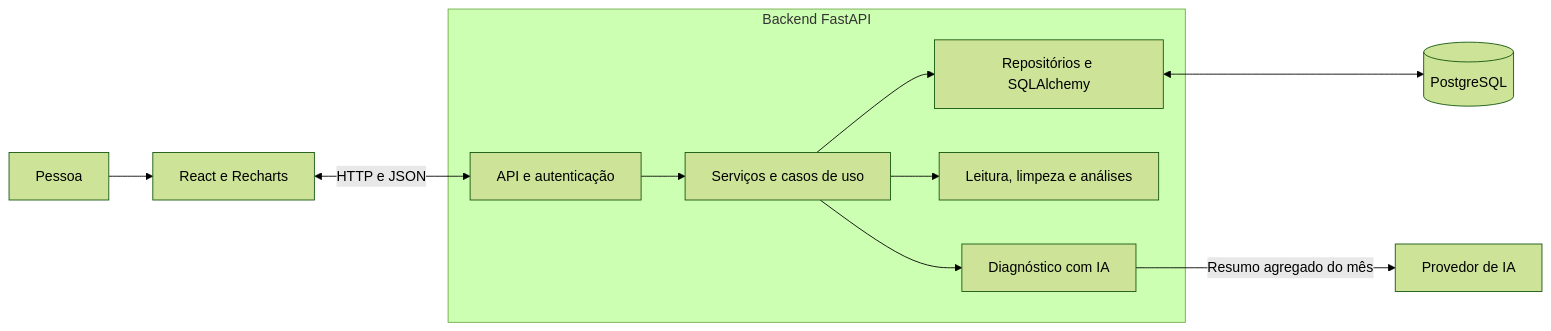
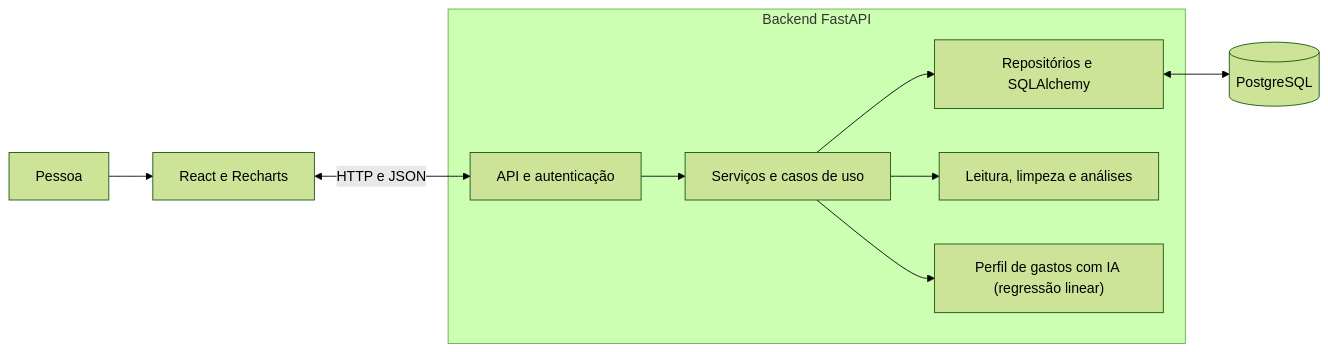
Before and after one commit to JanioRamalho/gerenCIA: the first of 2 diagrams in docs/arquitetura.md, drawn with Mermaid (forest theme). The commit also changed other lines of this file, not shown here.

Commit message:
Atualiza o mapa da arquitetura com perfil de gastos e módulos implementados

````diff
--- a/docs/arquitetura.md
+++ b/docs/arquitetura.md
@@ -14,15 +14,14 @@
 ```mermaid
 flowchart LR
     person["Pessoa"] --> frontend["React e Recharts"]
     frontend <-->|"HTTP e JSON"| api
 
     subgraph backend ["Backend FastAPI"]
         api["API e autenticação"] --> services["Serviços e casos de uso"]
         services --> repositories["Repositórios e SQLAlchemy"]
         services --> pipeline["Leitura, limpeza e análises"]
-        services --> ai["Diagnóstico com IA"]
+        services --> ai["Perfil de gastos com IA (regressão linear)"]
     end
 
     repositories <--> database[("PostgreSQL")]
-    ai -->|"Resumo agregado do mês"| provider["Provedor de IA"]
 ```
````
